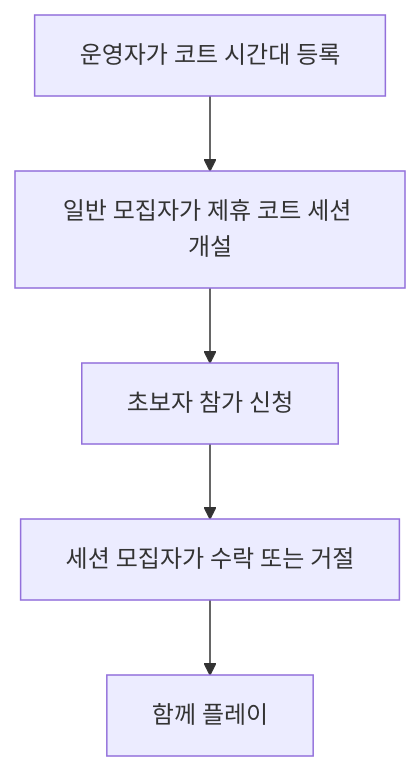
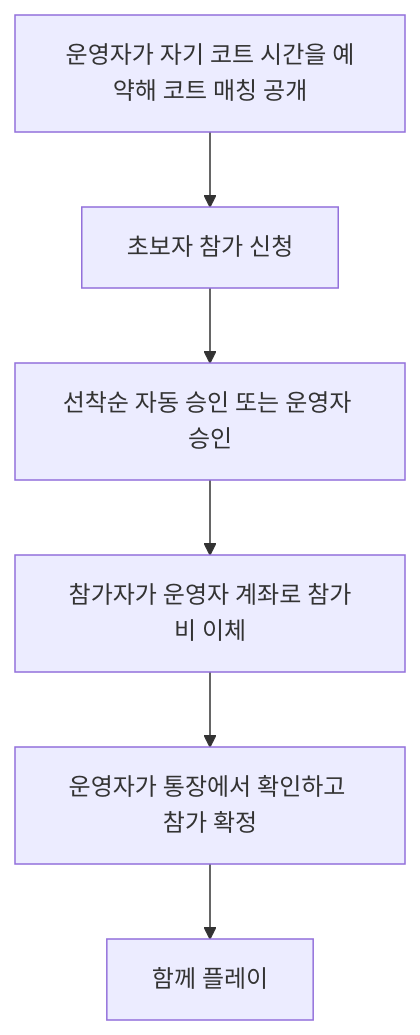
One commit to jsl0319/rally-on changed the third of 4 diagrams in docs/01-product-overview.md. Above: the diagram before and after it, drawn with Mermaid. The commit also changed other lines of this file and 2 other files, not shown here.

````diff
--- a/docs/01-product-overview.md
+++ b/docs/01-product-overview.md
@@ -347,7 +333,8 @@
 ```mermaid
 flowchart TD
-    A["운영자가 코트 시간대 등록"] --> B["일반 모집자가 제휴 코트 세션 개설"]
-    B --> C["초보자 참가 신청"]
-    C --> D["세션 모집자가 수락 또는 거절"]
-    D --> E["함께 플레이"]
+    A["운영자가 자기 코트 시간을 예약해 코트 매칭 공개"] --> B["초보자 참가 신청"]
+    B --> C["선착순 자동 승인 또는 운영자 승인"]
+    C --> D["참가자가 운영자 계좌로 참가비 이체"]
+    D --> E["운영자가 통장에서 확인하고 참가 확정"]
+    E --> F["함께 플레이"]
 ```
````
